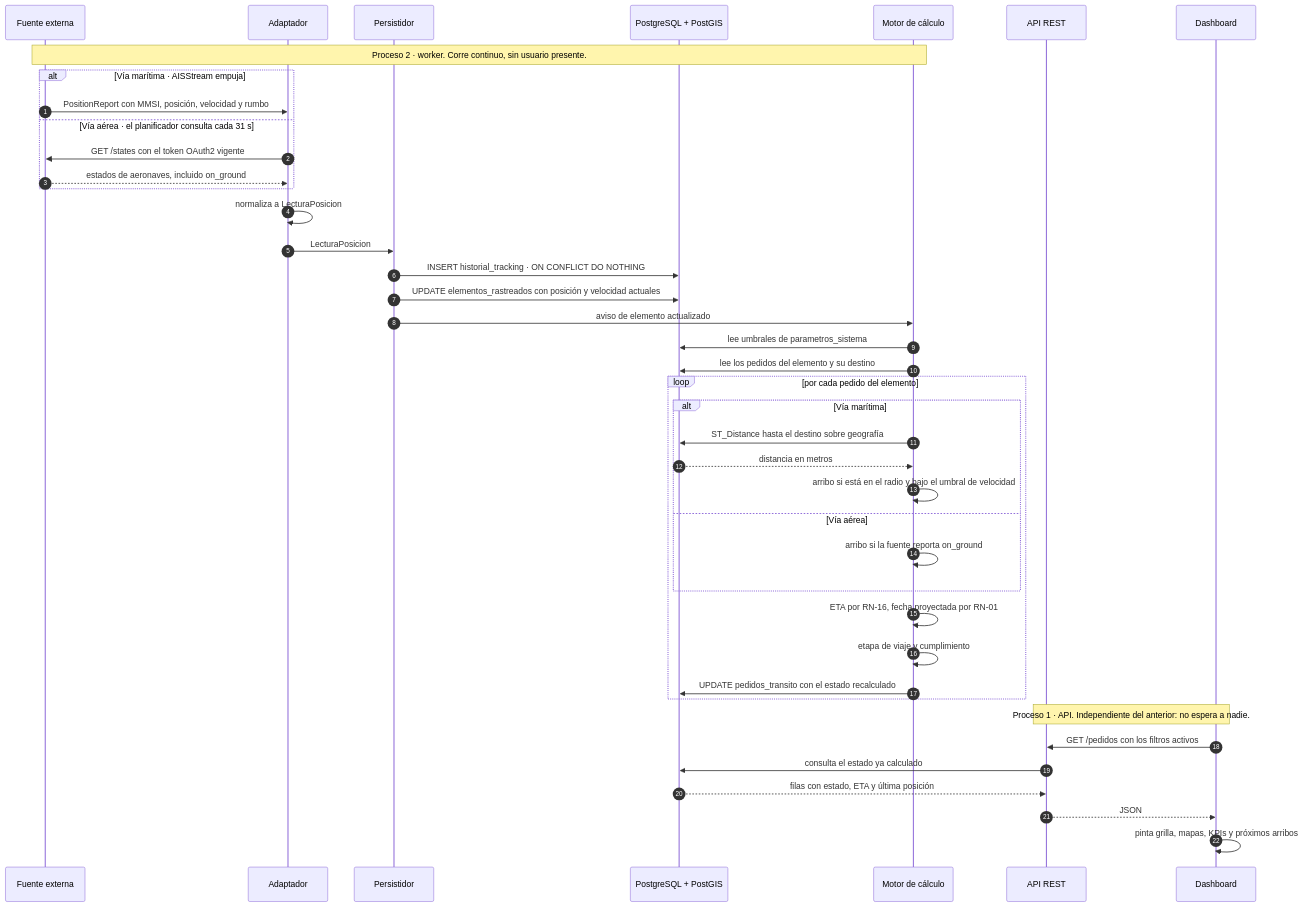
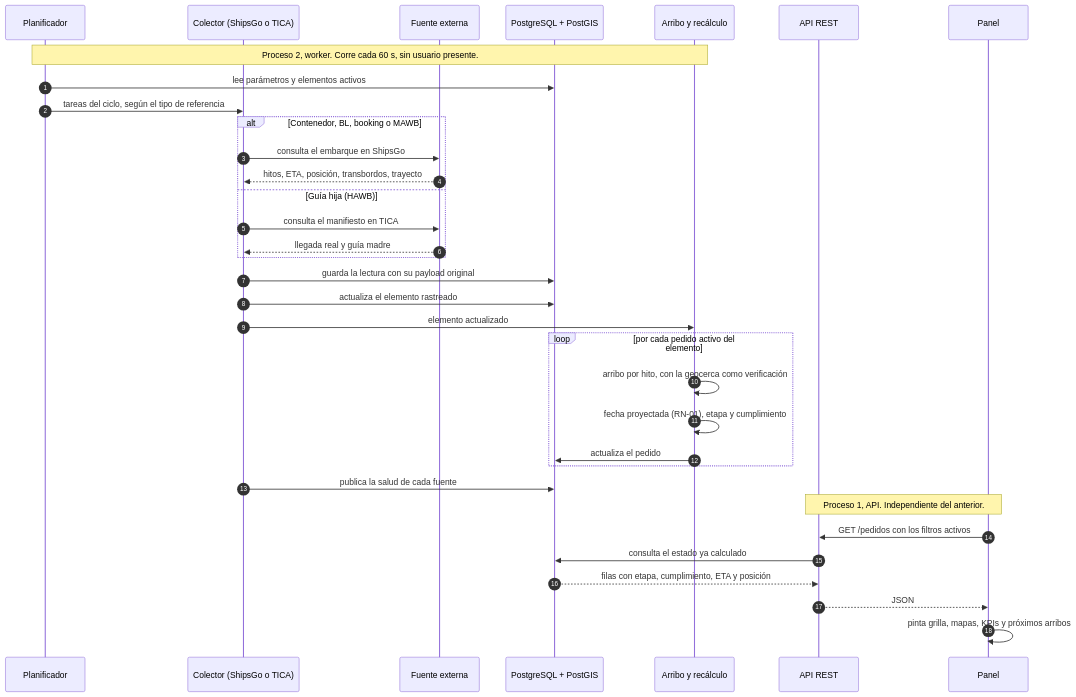
Before and after one commit to mdjmayorga/TrackIn: the third of 3 diagrams in docs/architecture.md, drawn with Mermaid. The commit also changed other lines of this file and 16 other files, not shown here.

````diff
--- a/docs/architecture.md
+++ b/docs/architecture.md
@@ -309,50 +249,41 @@
 ```mermaid
 sequenceDiagram
     autonumber
+    participant PLA as Planificador
+    participant COL as Colector (ShipsGo o TICA)
     participant FTE as Fuente externa
-    participant ADP as Adaptador
-    participant PER as Persistidor
     participant DB as PostgreSQL + PostGIS
-    participant CAL as Motor de cálculo
+    participant CAL as Arribo y recálculo
     participant API as API REST
-    participant SPA as Dashboard
+    participant SPA as Panel
 
-    Note over FTE,CAL: Proceso 2 · worker. Corre continuo, sin usuario presente.
+    Note over PLA,CAL: Proceso 2, worker. Corre cada 60 s, sin usuario presente.
 
-    alt Vía marítima · AISStream empuja
-        FTE->>ADP: PositionReport con MMSI, posición, velocidad y rumbo
-    else Vía aérea · el planificador consulta cada 31 s
-        ADP->>FTE: GET /states con el token OAuth2 vigente
-        FTE-->>ADP: estados de aeronaves, incluido on_ground
+    PLA->>DB: lee parámetros y elementos activos
+    PLA->>COL: tareas del ciclo, según el tipo de referencia
+    alt Contenedor, BL, booking o MAWB
+        COL->>FTE: consulta el embarque en ShipsGo
+        FTE-->>COL: hitos, ETA, posición, transbordos, trayecto
+    else Guía hija (HAWB)
+        COL->>FTE: consulta el manifiesto en TICA
+        FTE-->>COL: llegada real y guía madre
     end
+    COL->>DB: guarda la lectura con su payload original
+    COL->>DB: actualiza el elemento rastreado
+    COL->>CAL: elemento actualizado
 
-    ADP->>ADP: normaliza a LecturaPosicion
-    ADP->>PER: LecturaPosicion
-    PER->>DB: INSERT historial_tracking · ON CONFLICT DO NOTHING
-    PER->>DB: UPDATE elementos_rastreados con posición y velocidad actuales
-    PER->>CAL: aviso de elemento actualizado
+    loop por cada pedido activo del elemento
+        CAL->>CAL: arribo por hito, con la geocerca como verificación
+        CAL->>CAL: fecha proyectada (RN-01), etapa y cumplimiento
+        CAL->>DB: actualiza el pedido
+    end
+    COL->>DB: publica la salud de cada fuente
 
-    CAL->>DB: lee umbrales de parametros_sistema
-    CAL->>DB: lee los pedidos del elemento y su destino
-
-    loop por cada pedido del elemento
-        alt Vía marítima
-            CAL->>DB: ST_Distance hasta el destino sobre geografía
-            DB-->>CAL: distancia en metros
-            CAL->>CAL: arribo si está en el radio y bajo el umbral de velocidad
-        else Vía aérea
-            CAL->>CAL: arribo si la fuente reporta on_ground
-        end
-        CAL->>CAL: ETA por RN-16, fecha proyectada por RN-01
-        CAL->>CAL: etapa de viaje y cumplimiento
-        CAL->>DB: UPDATE pedidos_transito con el estado recalculado
-    end
-
-    Note over API,SPA: Proceso 1 · API. Independiente del anterior: no espera a nadie.
+    Note over API,SPA: Proceso 1, API. Independiente del anterior.
 
     SPA->>API: GET /pedidos con los filtros activos
     API->>DB: consulta el estado ya calculado
-    DB-->>API: filas con estado, ETA y última posición
+    DB-->>API: filas con etapa, cumplimiento, ETA y posición
     API-->>SPA: JSON
     SPA->>SPA: pinta grilla, mapas, KPIs y próximos arribos
 ```
````
